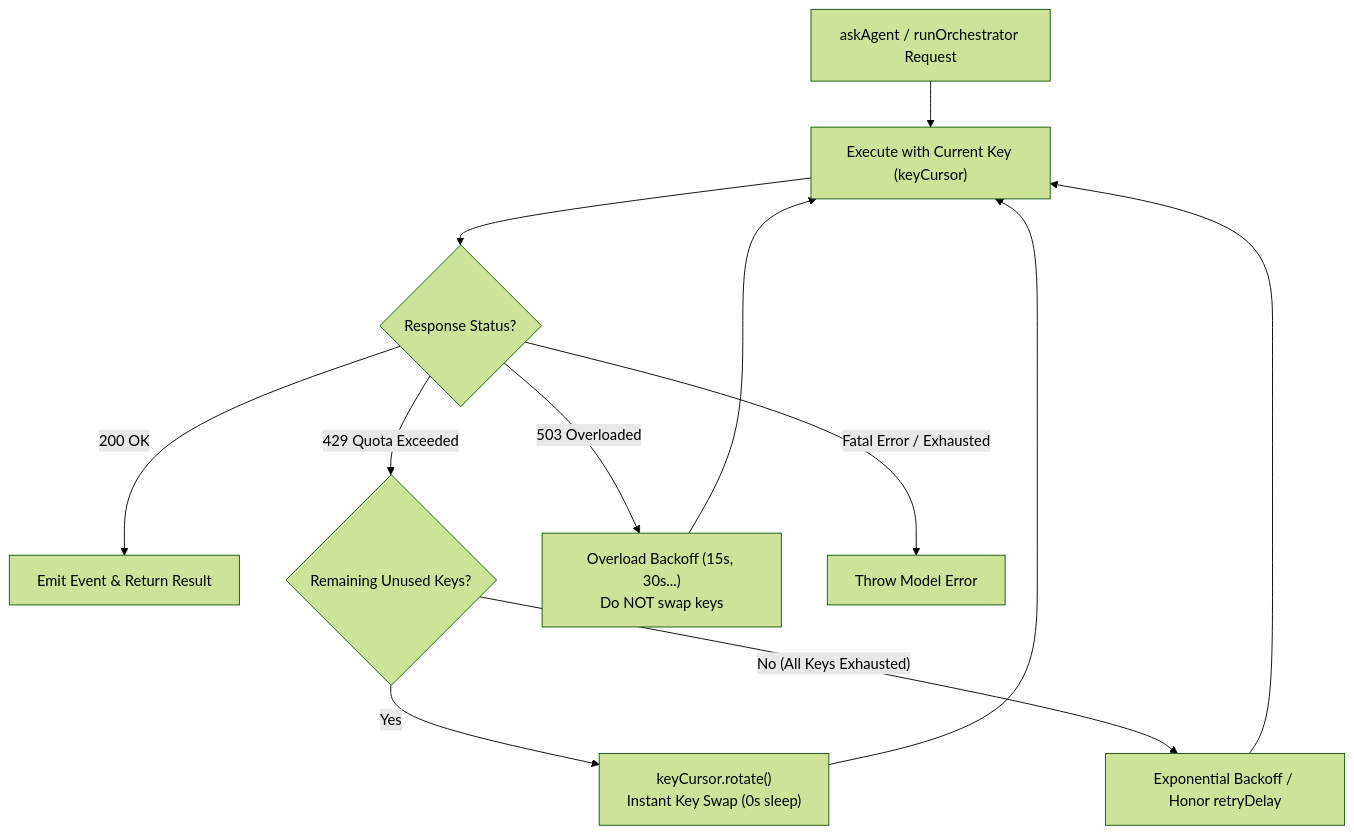
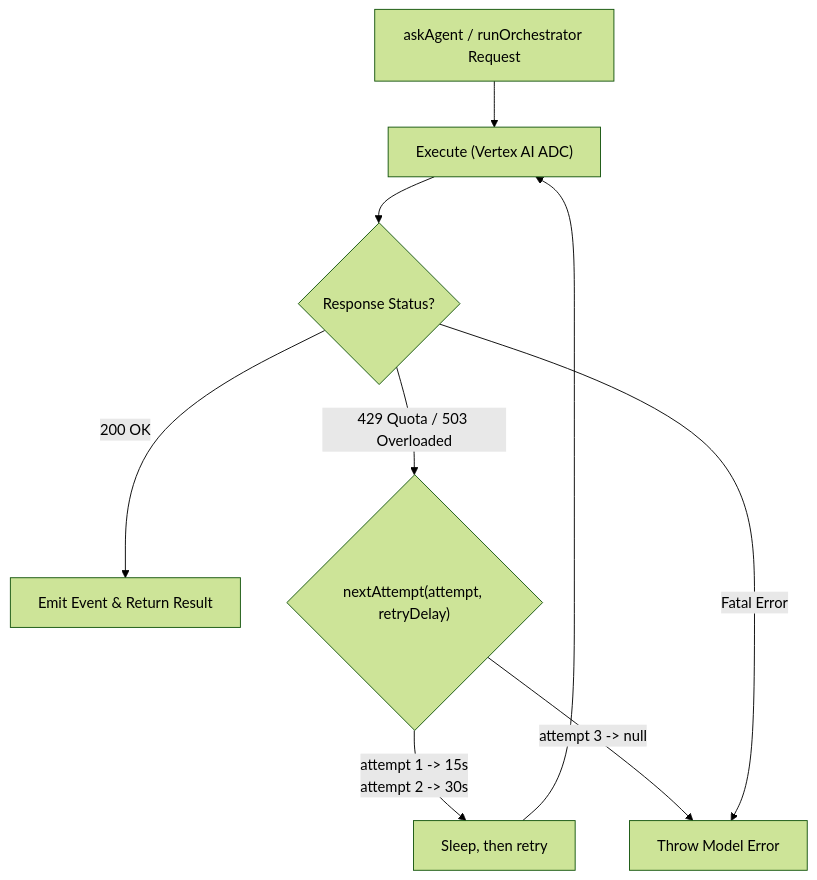
The third of 3 diagrams in docs/architecture-and-antipatterns.md (milesLV/Scribant-Agent), drawn with Mermaid (forest theme) before and after one commit. The commit also changed other lines of this file and 12 other files, not shown here.

First line of the commit message:
refactor(auth): purge every trace of API keys and key rotation

````diff
--- a/docs/architecture-and-antipatterns.md
+++ b/docs/architecture-and-antipatterns.md
@@ -301,15 +298,13 @@
 ```mermaid
 flowchart TD
-    Req["askAgent / runOrchestrator Request"] --> Try["Execute with Current Key (keyCursor)"]
+    Req["askAgent / runOrchestrator Request"] --> Try["Execute (Vertex AI ADC)"]
     Try --> Status{"Response Status?"}
-    
+
     Status -->|"200 OK"| Done["Emit Event & Return Result"]
-    
-    Status -->|"429 Quota Exceeded"| CheckKeys{"Remaining Unused Keys?"}
-    CheckKeys -->|"Yes"| Swap["keyCursor.rotate()<br/>Instant Key Swap (0s sleep)"] --> Try
-    CheckKeys -->|"No (All Keys Exhausted)"| Backoff["Exponential Backoff / Honor retryDelay"] --> Try
-    
-    Status -->|"503 Overloaded"| OverloadWait["Overload Backoff (15s, 30s...)<br/>Do NOT swap keys"] --> Try
-    
-    Status -->|"Fatal Error / Exhausted"| Err["Throw Model Error"]
+
+    Status -->|"429 Quota / 503 Overloaded"| Plan{"nextAttempt(attempt, retryDelay)"}
+    Plan -->|"attempt 1 -> 15s<br/>attempt 2 -> 30s"| Wait["Sleep, then retry"] --> Try
+    Plan -->|"attempt 3 -> null"| Err["Throw Model Error"]
+
+    Status -->|"Fatal Error"| Err
 ```
````
